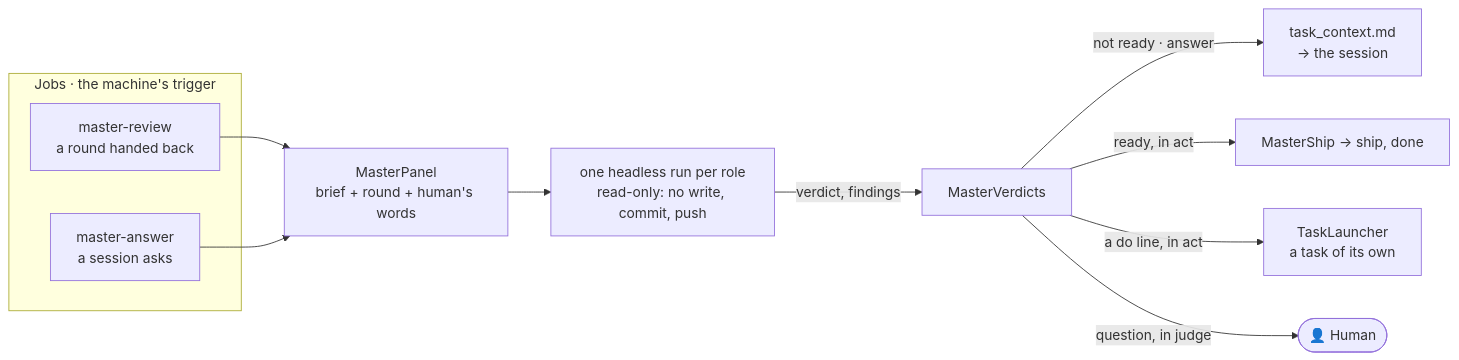
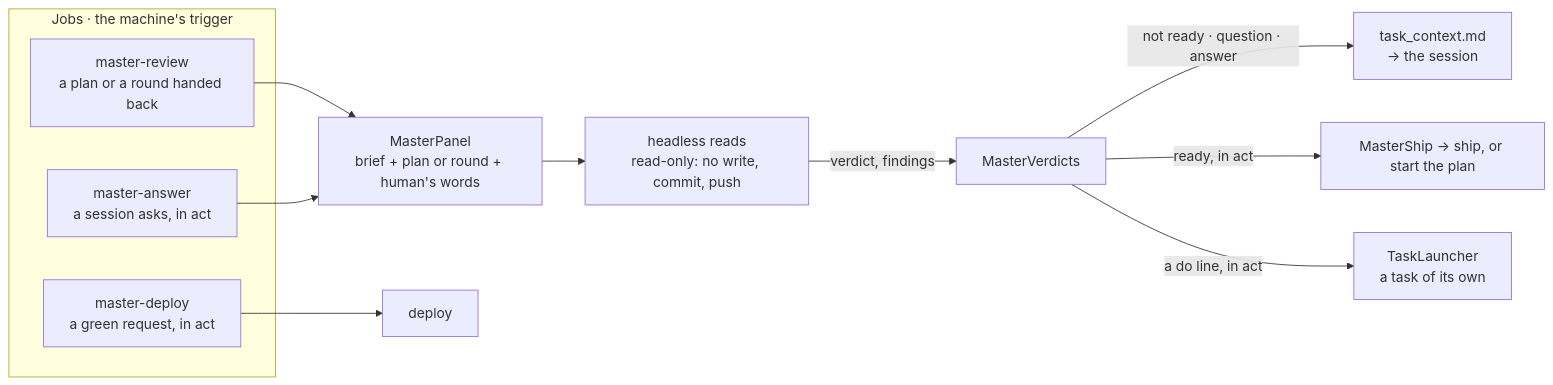
One commit to GulDmitry/jagt changed the sixth of 6 diagrams in docs/c4.md. Above: the diagram before and after it, drawn with Mermaid. The commit also changed 5 other files, not shown here.

Commit message:
The docs said deploy stays yours and judge presses nothing, and the Master's diagram predated its deploy

````diff
--- a/docs/c4.md
+++ b/docs/c4.md
@@ -156,18 +156,19 @@
 ```mermaid
 flowchart LR
     subgraph trig["Jobs · the machine's trigger"]
-        mr["master-review<br/>a round handed back"]
-        ma["master-answer<br/>a session asks"]
+        mr["master-review<br/>a plan or a round handed back"]
+        ma["master-answer<br/>a session asks, in act"]
+        md["master-deploy<br/>a green request, in act"]
     end
-    panel["MasterPanel<br/>brief + round + human's words"]
-    roles["one headless run per role<br/>read-only: no write, commit, push"]
+    panel["MasterPanel<br/>brief + plan or round + human's words"]
+    roles["headless reads<br/>read-only: no write, commit, push"]
     verd["MasterVerdicts"]
 
     mr --> panel
     ma --> panel
     panel --> roles -- "verdict, findings" --> verd
-    verd -- "not ready · answer" --> rel["task_context.md<br/>→ the session"]
-    verd -- "ready, in act" --> ship["MasterShip → ship, done"]
+    verd -- "not ready · question · answer" --> rel["task_context.md<br/>→ the session"]
+    verd -- "ready, in act" --> ship["MasterShip → ship, or start the plan"]
     verd -- "a do line, in act" --> open["TaskLauncher<br/>a task of its own"]
-    verd -- "question, in judge" --> human(["👤 Human"])
+    md --> dep["deploy"]
 ```
````
